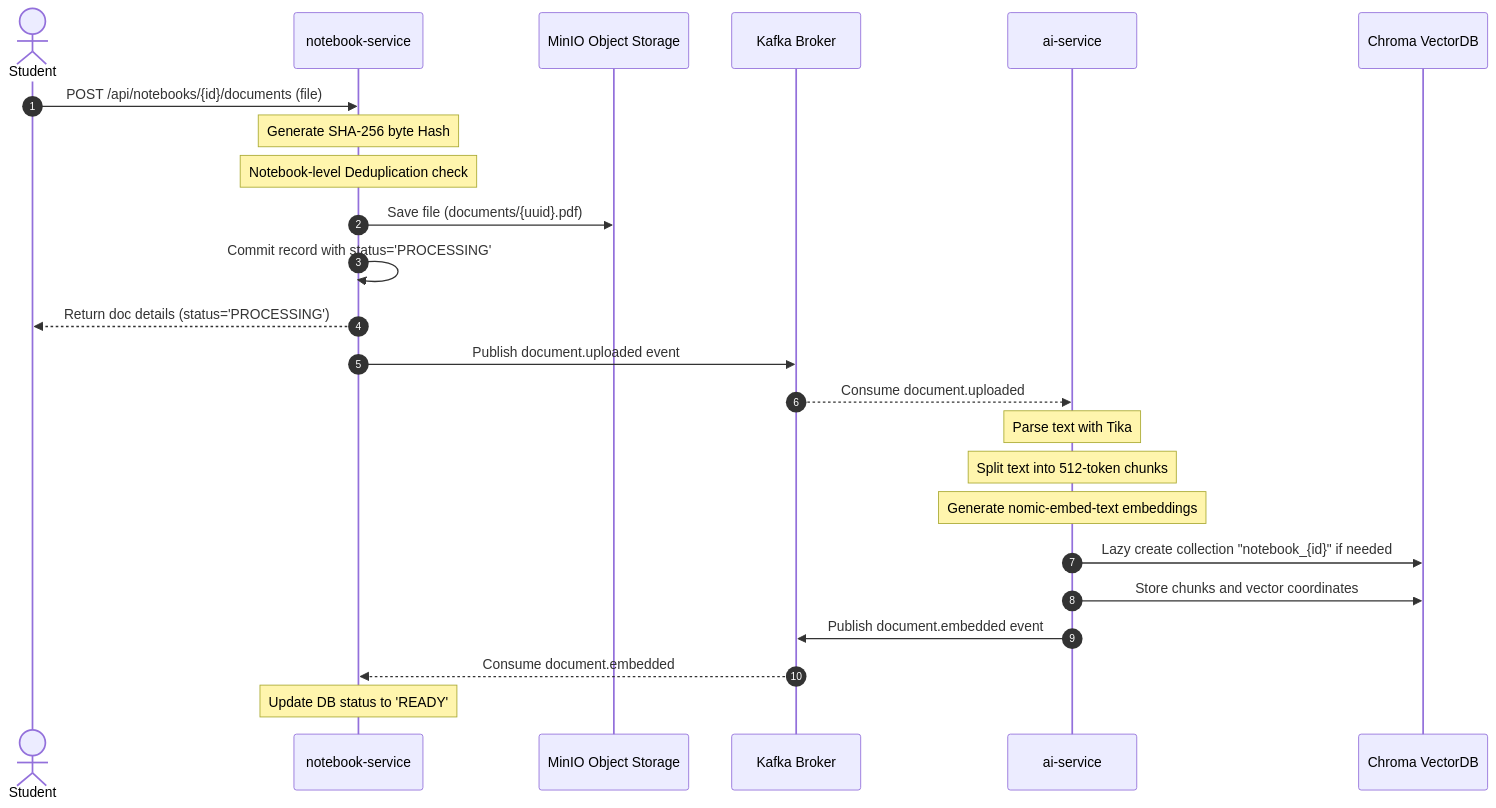
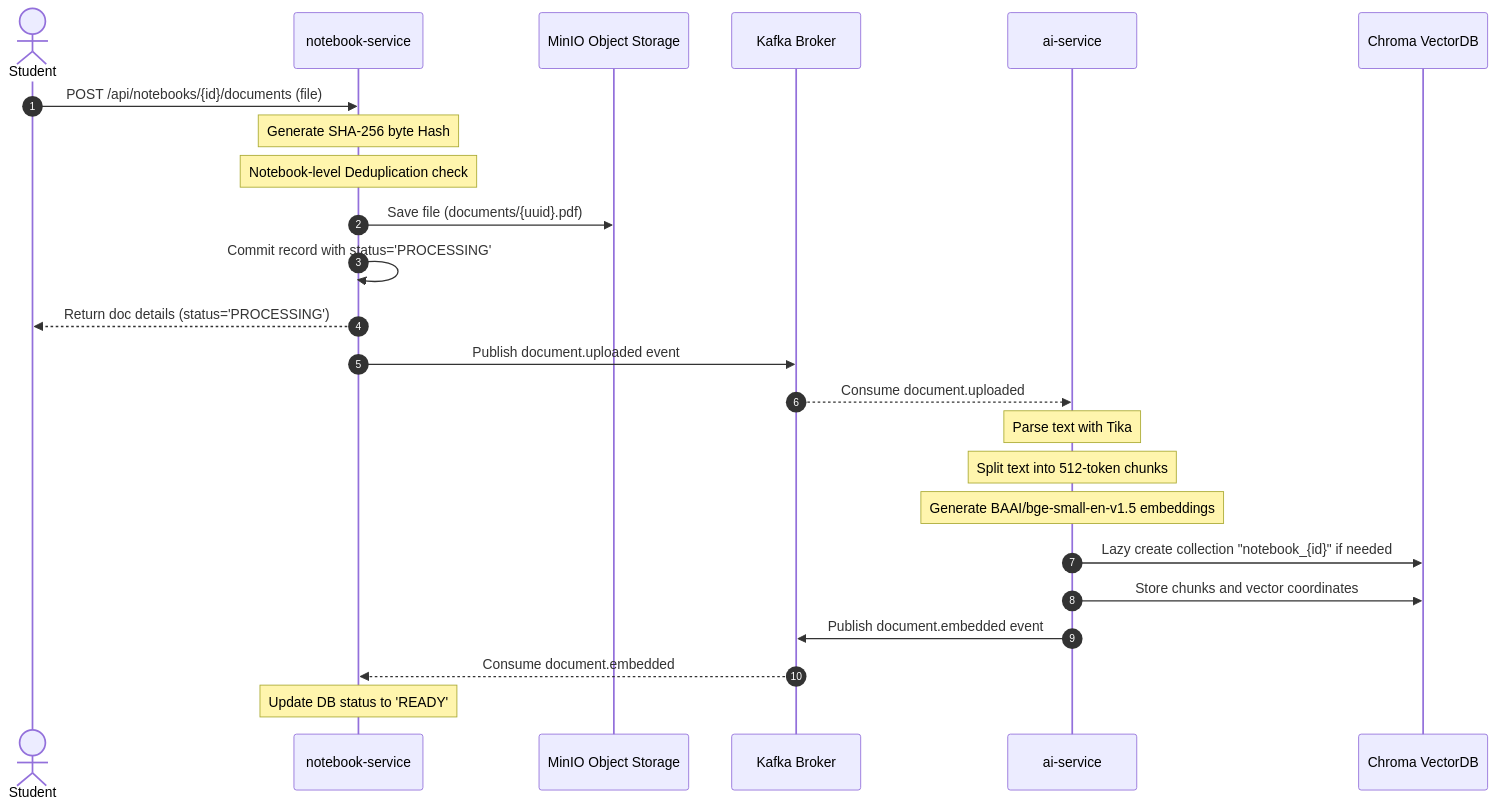
The first of 5 diagrams in DOC/LLD.md (ulthimanju/capstone), drawn with Mermaid before and after one commit. The commit also changed other lines of this file and 12 other files, not shown here.

````diff
--- a/DOC/LLD.md
+++ b/DOC/LLD.md
@@ -652,31 +652,31 @@
 ```mermaid
 sequenceDiagram
     autonumber
     actor Student
     participant NotebookSvc as notebook-service
     participant MinIOSvc as MinIO Object Storage
     participant Kafka as Kafka Broker
     participant AISvc as ai-service
     participant Chroma as Chroma VectorDB
 
     Student->>NotebookSvc: POST /api/notebooks/{id}/documents (file)
     Note over NotebookSvc: Generate SHA-256 byte Hash
     Note over NotebookSvc: Notebook-level Deduplication check
     NotebookSvc->>MinIOSvc: Save file (documents/{uuid}.pdf)
     NotebookSvc->>NotebookSvc: Commit record with status='PROCESSING'
     NotebookSvc-->>Student: Return doc details (status='PROCESSING')
     
     NotebookSvc->>Kafka: Publish document.uploaded event
     
     Kafka-->>AISvc: Consume document.uploaded
     Note over AISvc: Parse text with Tika
     Note over AISvc: Split text into 512-token chunks
-    Note over AISvc: Generate nomic-embed-text embeddings
+    Note over AISvc: Generate BAAI/bge-small-en-v1.5 embeddings
     AISvc->>Chroma: Lazy create collection "notebook_{id}" if needed
     AISvc->>Chroma: Store chunks and vector coordinates
     
     AISvc->>Kafka: Publish document.embedded event
     
     Kafka-->>NotebookSvc: Consume document.embedded
     Note over NotebookSvc: Update DB status to 'READY'
 ```
````
